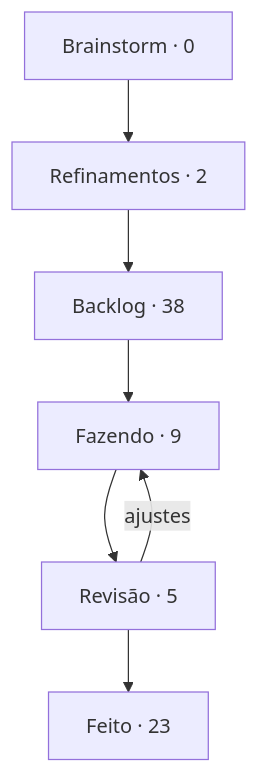
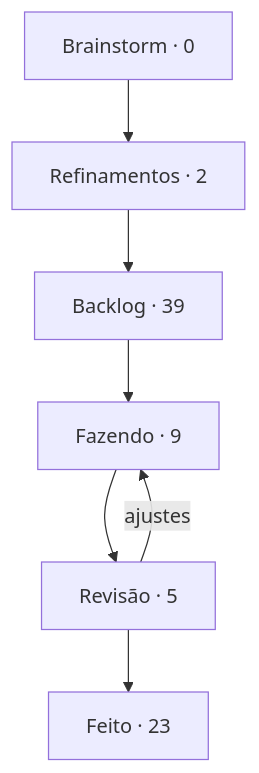
Before and after one commit to StudioVibi/VibiKanban: the diagram in boards/dungeon-bend/BOARD.md, drawn with Mermaid. The commit also changed other lines of this file and 3 other files, not shown here.

````diff
--- a/boards/dungeon-bend/BOARD.md
+++ b/boards/dungeon-bend/BOARD.md
@@ -5,12 +5,12 @@
 ```mermaid
 flowchart TD
   brainstorm["Brainstorm · 0"] --> refinamentos["Refinamentos · 2"]
-  refinamentos --> backlog["Backlog · 38"]
+  refinamentos --> backlog["Backlog · 39"]
   backlog --> doing["Fazendo · 9"]
   doing --> review["Revisão · 5"]
   review --> done["Feito · 23"]
   review -->|ajustes| doing
   doing:::blue
   review:::yellow
   done:::green
 ```
````
